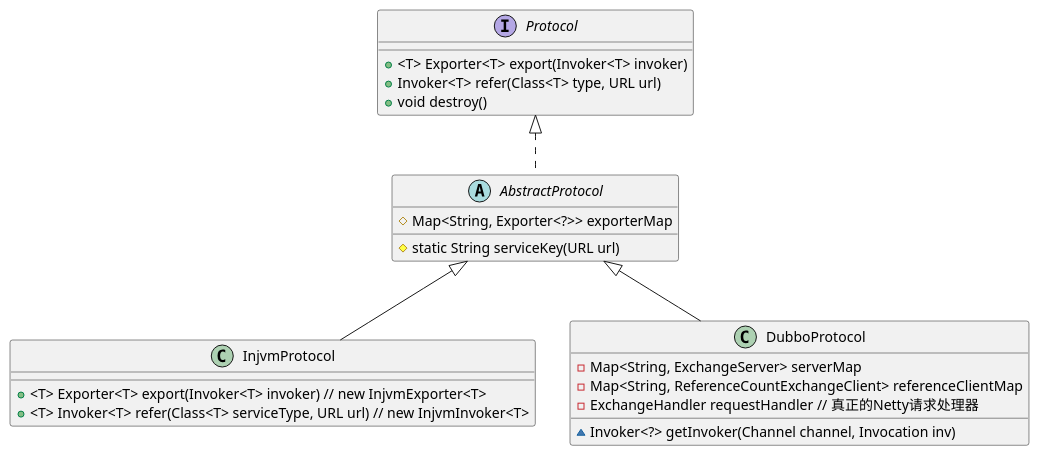
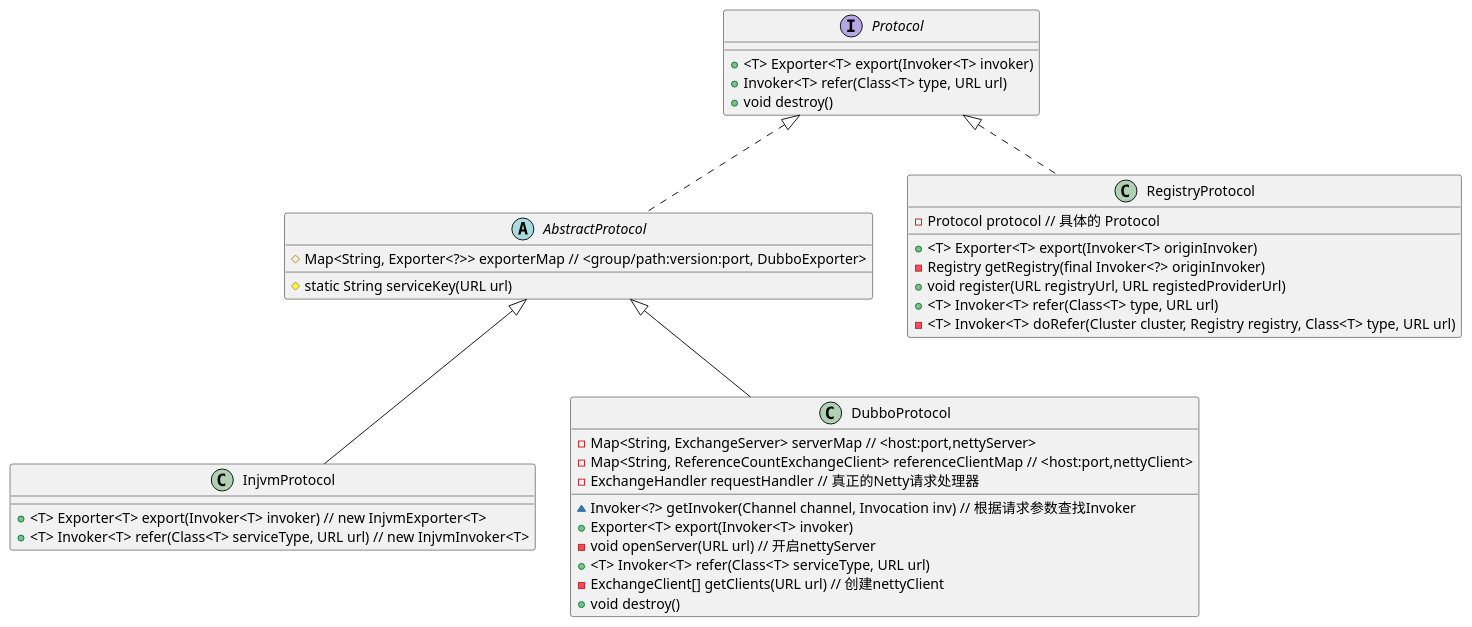
The diagram in dubbo-rpc/dubbo-rpc-api/src/main/java/com/alibaba/dubbo/rpc/uml/protocol.puml (zhaojigang/dubbo-notes), drawn with PlantUML before and after one commit. The commit also changed 2 other files, not shown here.

```diff
--- a/dubbo-rpc/dubbo-rpc-api/src/main/java/com/alibaba/dubbo/rpc/uml/protocol.puml
+++ b/dubbo-rpc/dubbo-rpc-api/src/main/java/com/alibaba/dubbo/rpc/uml/protocol.puml
@@ -1,26 +1,40 @@
 @startuml
 
 interface Protocol {
     + <T> Exporter<T> export(Invoker<T> invoker)
     + Invoker<T> refer(Class<T> type, URL url)
     + void destroy()
 }
 
 abstract class AbstractProtocol implements Protocol {
-    # Map<String, Exporter<?>> exporterMap
+    # Map<String, Exporter<?>> exporterMap // <group/path:version:port, DubboExporter>
     # static String serviceKey(URL url)
+}
+
+class RegistryProtocol implements Protocol {
+    - Protocol protocol // 具体的 Protocol
+    + <T> Exporter<T> export(Invoker<T> originInvoker)
+    - Registry getRegistry(final Invoker<?> originInvoker)
+    + void register(URL registryUrl, URL registedProviderUrl)
+    + <T> Invoker<T> refer(Class<T> type, URL url)
+    - <T> Invoker<T> doRefer(Cluster cluster, Registry registry, Class<T> type, URL url)
 }
 
 class InjvmProtocol extends AbstractProtocol {
     + <T> Exporter<T> export(Invoker<T> invoker) // new InjvmExporter<T>
     + <T> Invoker<T> refer(Class<T> serviceType, URL url) // new InjvmInvoker<T>
 }
 
 class DubboProtocol extends AbstractProtocol {
-    - Map<String, ExchangeServer> serverMap
-    - Map<String, ReferenceCountExchangeClient> referenceClientMap
+    - Map<String, ExchangeServer> serverMap // <host:port,nettyServer>
+    - Map<String, ReferenceCountExchangeClient> referenceClientMap // <host:port,nettyClient>
     - ExchangeHandler requestHandler // 真正的Netty请求处理器
-    ~ Invoker<?> getInvoker(Channel channel, Invocation inv)
+    ~ Invoker<?> getInvoker(Channel channel, Invocation inv) // 根据请求参数查找Invoker
+    + Exporter<T> export(Invoker<T> invoker)
+    - void openServer(URL url) // 开启nettyServer
+    + <T> Invoker<T> refer(Class<T> serviceType, URL url)
+    - ExchangeClient[] getClients(URL url) // 创建nettyClient
+    + void destroy()
 }
 
 @enduml
```
